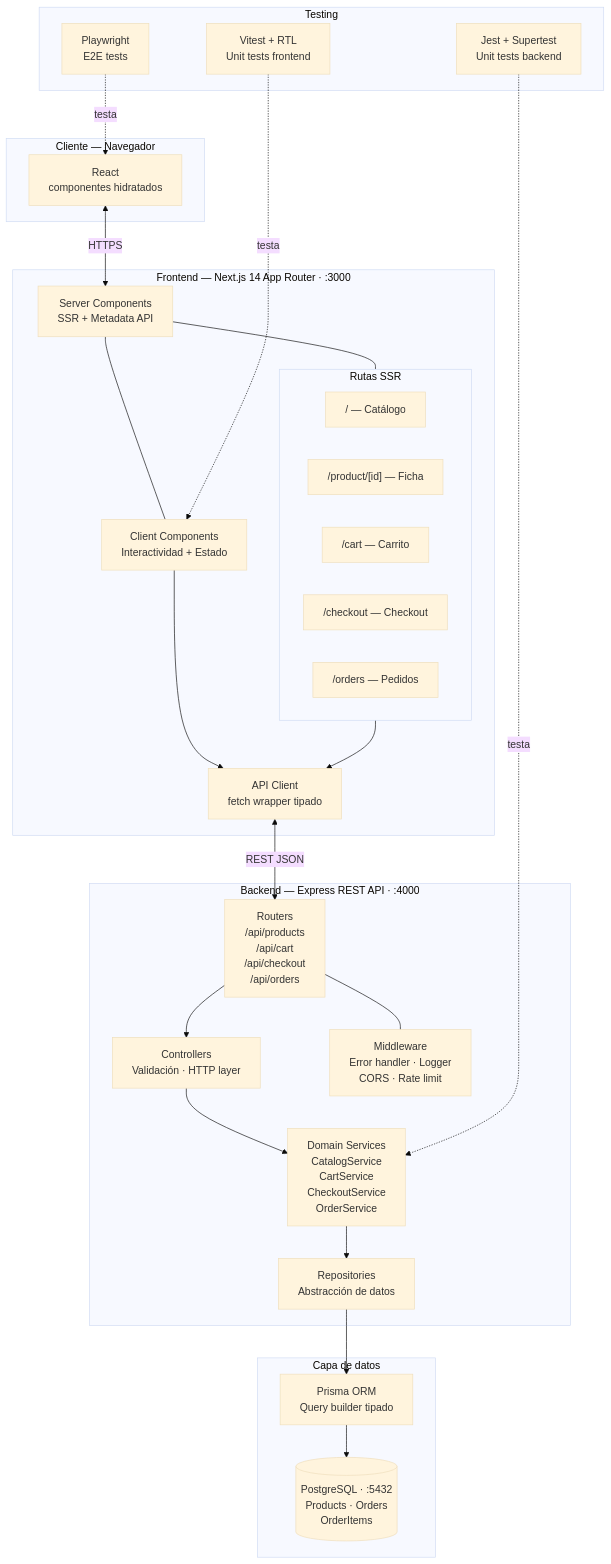
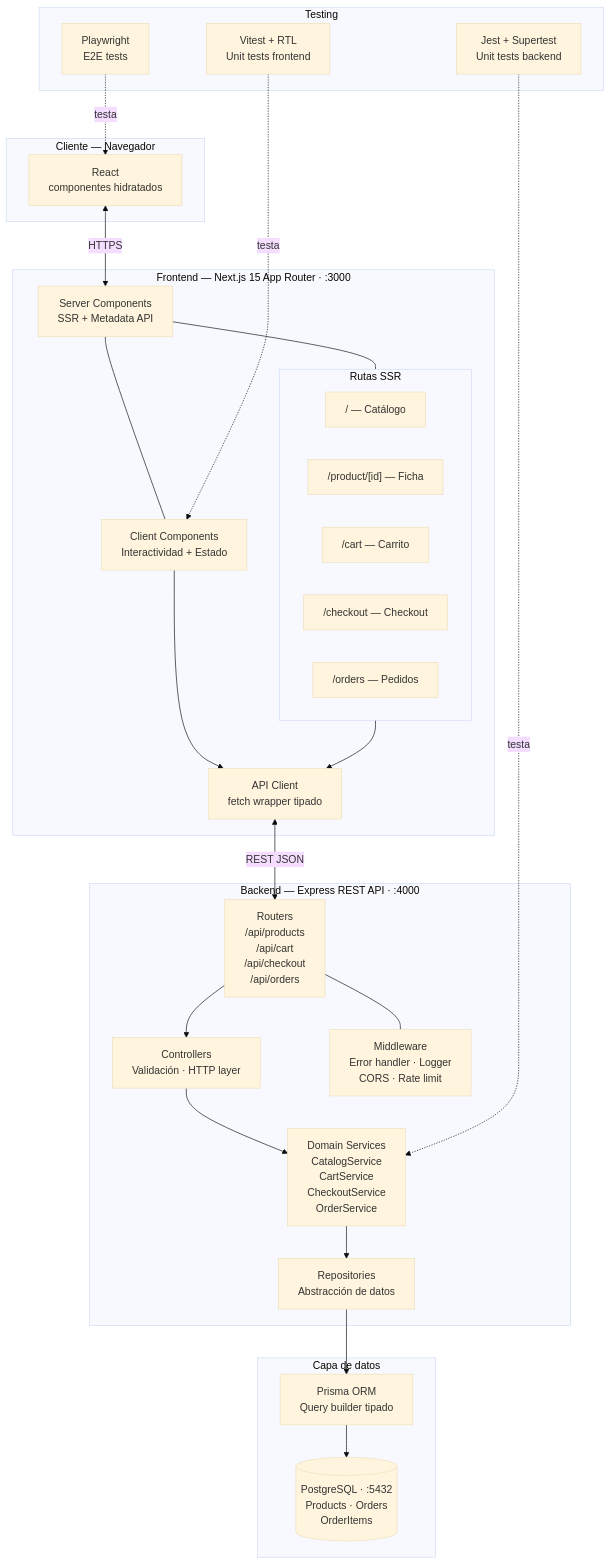
One commit to LIDR-academy/AI4Devs-finalproject changed the first of 9 diagrams in docs/ARCHITECTURE.md. Above: the diagram before and after it, drawn with Mermaid (base theme). The commit also changed other lines of this file and 2 other files, not shown here.

First line of the commit message:
docs(architecture): align Next.js version references with installed 15.5.19

````diff
--- a/docs/ARCHITECTURE.md
+++ b/docs/ARCHITECTURE.md
@@ -57,55 +57,55 @@
 ```mermaid
 graph TB
     subgraph Browser["Cliente — Navegador"]
         UI["React\ncomponentes hidratados"]
     end
 
-    subgraph FE["Frontend — Next.js 14 App Router · :3000"]
+    subgraph FE["Frontend — Next.js 15 App Router · :3000"]
         SC["Server Components\nSSR + Metadata API"]
         CC["Client Components\nInteractividad + Estado"]
         APICL["API Client\nfetch wrapper tipado"]
         subgraph Routes["Rutas SSR"]
             R1["/ — Catálogo"]
             R2["/product/[id] — Ficha"]
             R3["/cart — Carrito"]
             R4["/checkout — Checkout"]
             R5["/orders — Pedidos"]
         end
     end
 
     subgraph BE["Backend — Express REST API · :4000"]
         ROUTER["Routers\n/api/products\n/api/cart\n/api/checkout\n/api/orders"]
         CTRL["Controllers\nValidación · HTTP layer"]
         SVC["Domain Services\nCatalogService\nCartService\nCheckoutService\nOrderService"]
         REPO["Repositories\nAbstracción de datos"]
         MW["Middleware\nError handler · Logger\nCORS · Rate limit"]
     end
 
     subgraph DATA["Capa de datos"]
         ORM["Prisma ORM\nQuery builder tipado"]
         PG[("PostgreSQL · :5432\nProducts · Orders\nOrderItems")]
     end
 
     subgraph TEST["Testing"]
         UT_FE["Vitest + RTL\nUnit tests frontend"]
         UT_BE["Jest + Supertest\nUnit tests backend"]
         E2E["Playwright\nE2E tests"]
     end
 
     UI <-->|"HTTPS"| SC
     SC --- CC
     SC --- Routes
     Routes --> APICL
     CC --> APICL
     APICL <-->|"REST JSON"| ROUTER
     ROUTER --- MW
     ROUTER --> CTRL
     CTRL --> SVC
     SVC --> REPO
     REPO --> ORM
     ORM --> PG
 
     UT_FE -.->|"testa"| CC
     UT_BE -.->|"testa"| SVC
     E2E -.->|"testa"| UI
 ```
````
